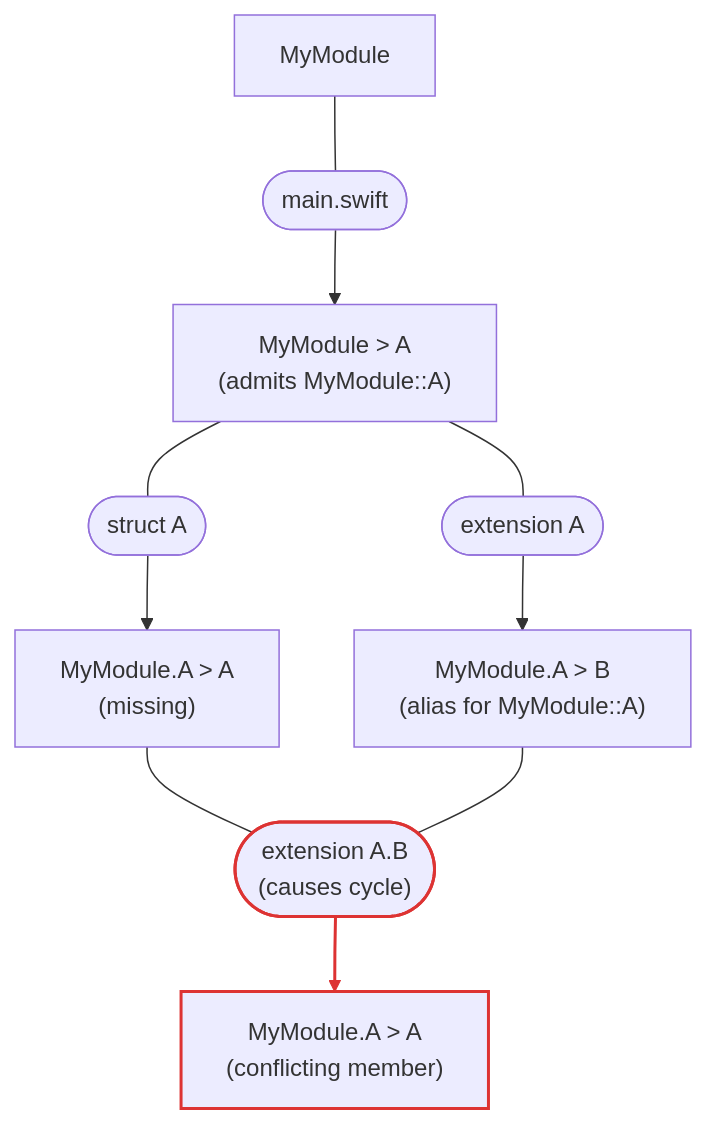
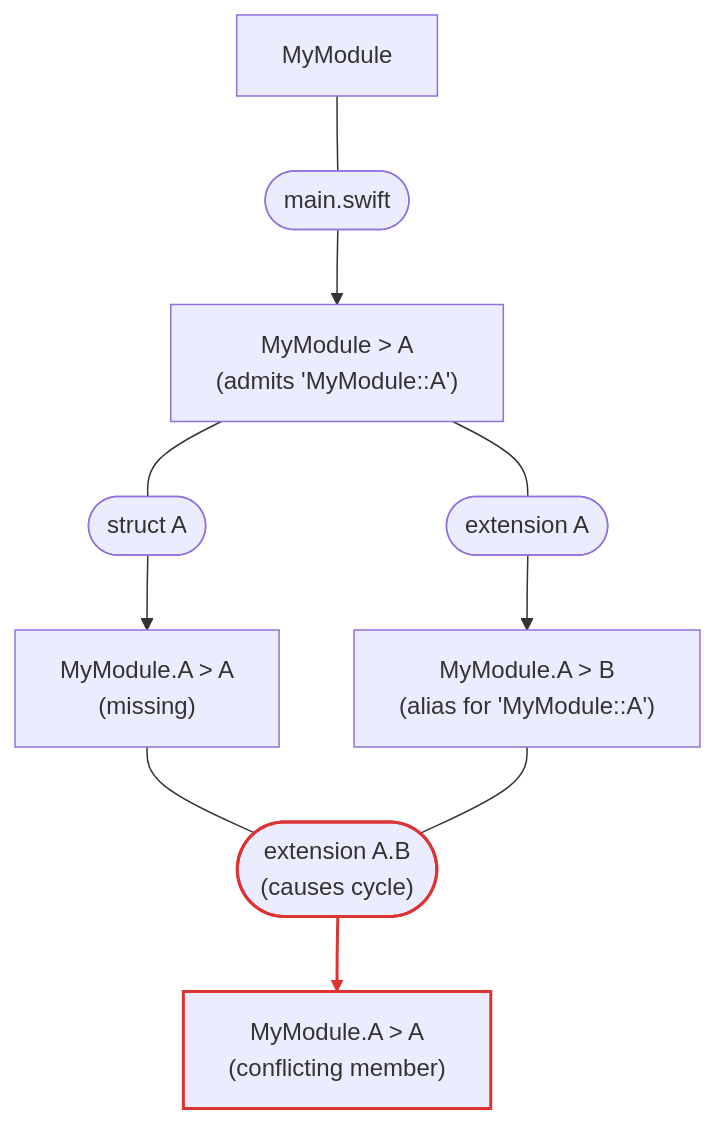
The fourth of 8 diagrams in Sources/SwiftLexicalLookup/SwiftLexicalLookup.docc/TypeGraph.md (swiftlang/swift-syntax), drawn with Mermaid before and after one commit. The commit also changed other lines of this file, not shown here.

````diff
--- a/Sources/SwiftLexicalLookup/SwiftLexicalLookup.docc/TypeGraph.md
+++ b/Sources/SwiftLexicalLookup/SwiftLexicalLookup.docc/TypeGraph.md
@@ -127,26 +127,26 @@
 ```mermaid
 flowchart TD
     root["MyModule"]
-    memberTopA["MyModule > A<br/>(admits MyModule::A)"]
-    memberB["MyModule.A > B<br/>(alias for MyModule::A)"]
+    memberTopA["MyModule > A<br/>(admits 'MyModule::A')"]
+    memberB["MyModule.A > B<br/>(alias for 'MyModule::A')"]
     memberA["MyModule.A > A<br/>(missing)"]
     memberADupe["MyModule.A > A<br/>(conflicting member)"]
     file(["main.swift"])
     mainDecl(["struct A"])
     extA(["extension A"])
     extAB(["extension A.B<br/>(causes cycle)"])
 
     root --- file
     file --> memberTopA
     mainDecl --> memberA
     memberA --- extAB
     memberTopA --- extA
     extA --> memberB
     memberTopA --- mainDecl
     memberB --- extAB
     extAB --> memberADupe
 
     classDef cycle stroke:#d33,stroke-width:2px
     class extAB,memberADupe cycle
     linkStyle 8 stroke:#d33,stroke-width:2px
 ```
````
